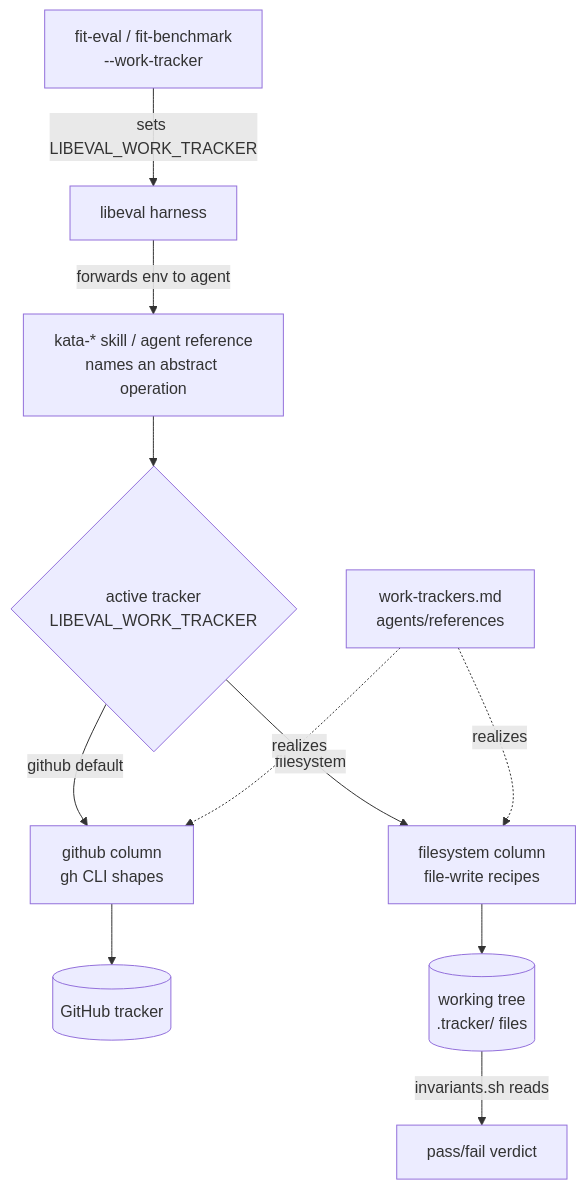
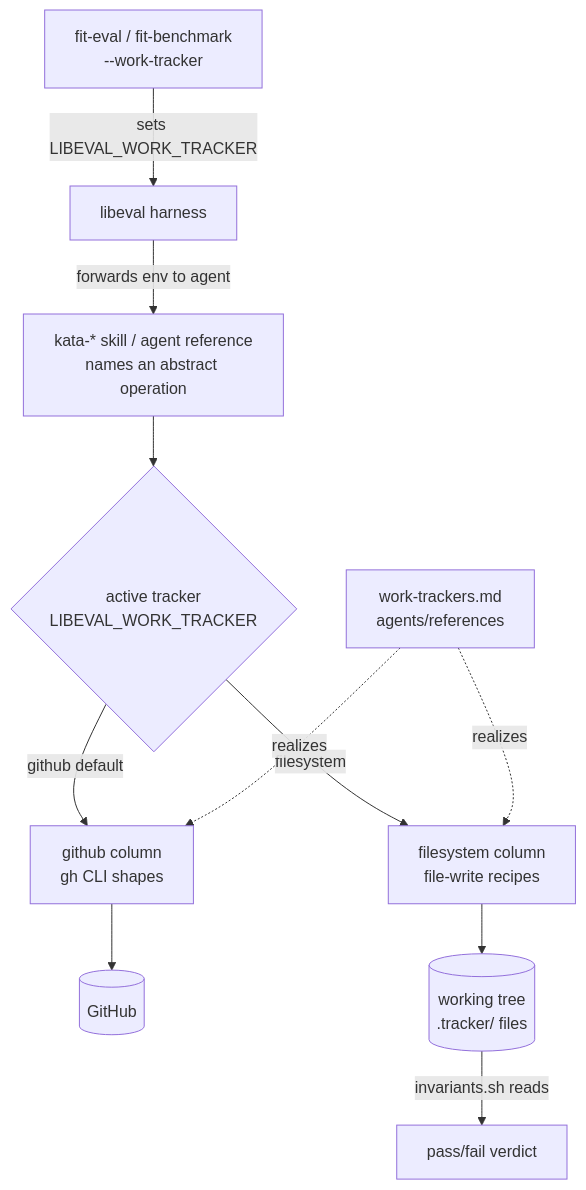
One commit to forwardimpact/monorepo changed the diagram in specs/2090-work-item-provider-abstraction/design-b.md. Above: the diagram before and after it, drawn with Mermaid. The commit also changed 1 other file, not shown here.

Commit message:
Sweep "forge" -> "tracker" in design-a and clean mermaid backend nodes
Finish the terminology unification so spec 2090 reads on one term. The
spec is unshipped, so both designs should be comparable on architecture,
not on whether they say "forge" or "tracker".

- design-a.md: replace remaining "forge" with "tracker" (prose,
  components table, criteria-coverage row).
- both designs: rename the GitHub backend mermaid node from
  FORGE[(GitHub forge...)] to REMOTE[(GitHub...)], dropping the
  "forge" label.

Claude-Session: https://claude.ai/code/session_01JhMrLhcLVBTjzbCq88uVsJ

````diff
--- a/specs/2090-work-item-provider-abstraction/design-b.md
+++ b/specs/2090-work-item-provider-abstraction/design-b.md
@@ -56,13 +56,13 @@
 ```mermaid
 flowchart TD
   CLI["fit-eval / fit-benchmark<br/>--work-tracker"] -->|sets LIBEVAL_WORK_TRACKER| HARNESS[libeval harness]
   HARNESS -->|forwards env to agent| S[kata-* skill / agent reference<br/>names an abstract operation]
   S --> SEL{active tracker<br/>LIBEVAL_WORK_TRACKER}
   SEL -->|github default| GH[github column<br/>gh CLI shapes]
   SEL -->|filesystem| FS[filesystem column<br/>file-write recipes]
-  GH --> FORGE[(GitHub tracker)]
+  GH --> REMOTE[(GitHub)]
   FS --> TREE[(working tree<br/>.tracker/ files)]
   MATRIX[work-trackers.md<br/>agents/references] -.realizes.-> GH
   MATRIX -.realizes.-> FS
   TREE -->|invariants.sh reads| VERDICT[pass/fail verdict]
 ```
````
